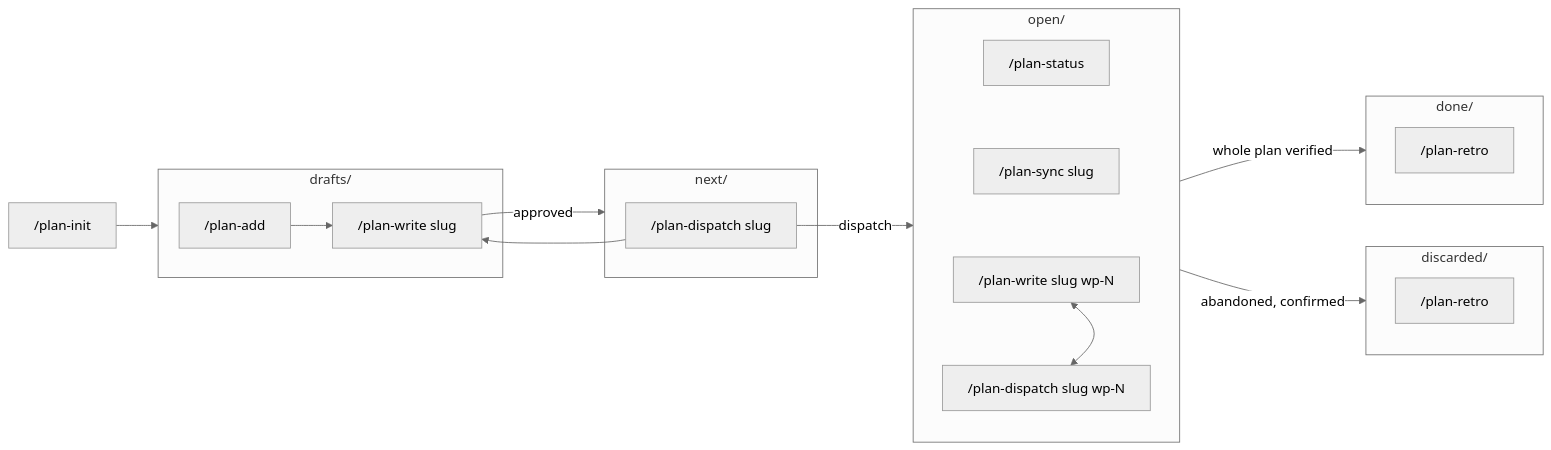
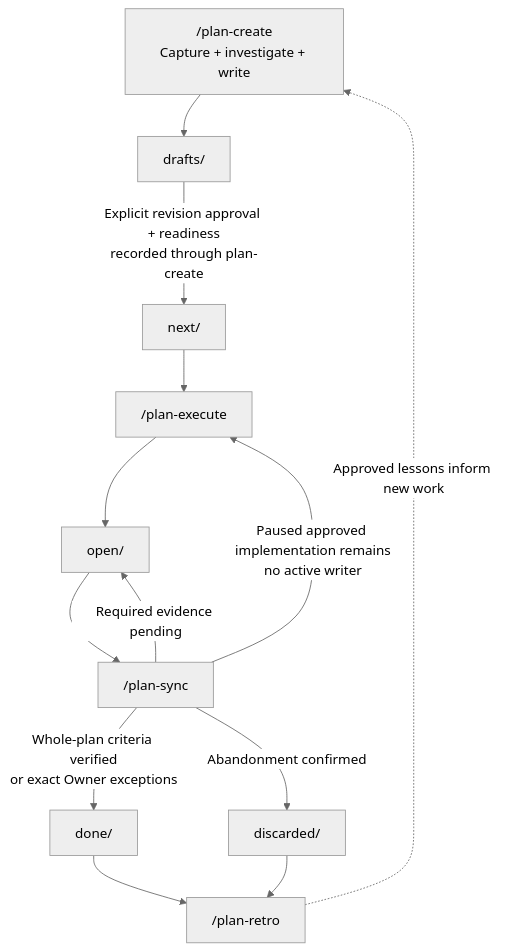
One commit to franciscosuca/KILab changed the diagram in coding-agent-pack/catalog/core/skills/feature-planning/README.md. Above: the diagram before and after it, drawn with Mermaid (neutral theme). The commit also changed other lines of this file and 21 other files, not shown here.

````diff
--- a/coding-agent-pack/catalog/core/skills/feature-planning/README.md
+++ b/coding-agent-pack/catalog/core/skills/feature-planning/README.md
@@ -57,38 +50,15 @@
 ```mermaid
-flowchart LR
-    init["/plan-init"] --> draftsBox
-
-    subgraph draftsBox["drafts/"]
-        add["/plan-add"]
-        writeDraft["/plan-write slug"]
-        add --> writeDraft
-    end
-
-    subgraph nextBox["next/"]
-        dispatchWhole["/plan-dispatch slug"]
-    end
-
-    subgraph openBox["open/"]
-        direction TB
-        status["/plan-status"]
-        sync["/plan-sync slug"]
-        writeWP["/plan-write slug wp-N"]
-        dispatchWP["/plan-dispatch slug wp-N"]
-        status ~~~ sync ~~~ writeWP ~~~ dispatchWP
-        writeWP <--> dispatchWP
-    end
-
-    subgraph doneBox["done/"]
-        retroDone["/plan-retro"]
-    end
-
-    subgraph discardedBox["discarded/"]
-        retroDiscarded["/plan-retro"]
-    end
-
-    writeDraft -->|"approved"| nextBox
-    dispatchWhole -->|"dispatch"| sync
-    dispatchWhole --> writeDraft
-    sync -->|"whole plan verified"| doneBox
-    sync -->|"abandoned, confirmed"| discardedBox
+flowchart TD
+    C["/plan-create<br/>Capture + investigate + write"] --> D["drafts/"]
+    D -->|"Explicit revision approval + readiness<br/>recorded through plan-create"| N["next/"]
+    N --> E["/plan-execute"]
+    E --> O["open/"]
+    O --> S["/plan-sync"]
+    S -->|"Paused approved implementation remains<br/>no active writer"| E
+    S -->|"Required evidence pending"| O
+    S -->|"Whole-plan criteria verified<br/>or exact Owner exceptions"| Done["done/"]
+    S -->|"Abandonment confirmed"| X["discarded/"]
+    Done --> R["/plan-retro"]
+    X --> R
+    R -.->|"Approved lessons inform new work"| C
 ```
````
